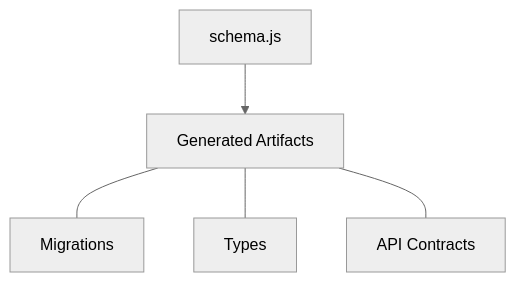
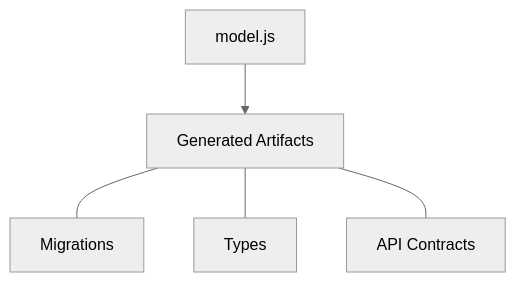
Before and after one commit to hlop3z/astroladb: the diagram in README.md, drawn with Mermaid (neutral theme). The commit also changed other lines of this file, not shown here.

````diff
--- a/README.md
+++ b/README.md
@@ -47,8 +46,8 @@
 ```mermaid
 flowchart TD
-    A[schema.js] --> B[Generated Artifacts]
+    A[model.js] --> B[Generated Artifacts]
 
     B --- D[Migrations]
     B --- E[Types]
     B --- F[API Contracts]
 ```
````
